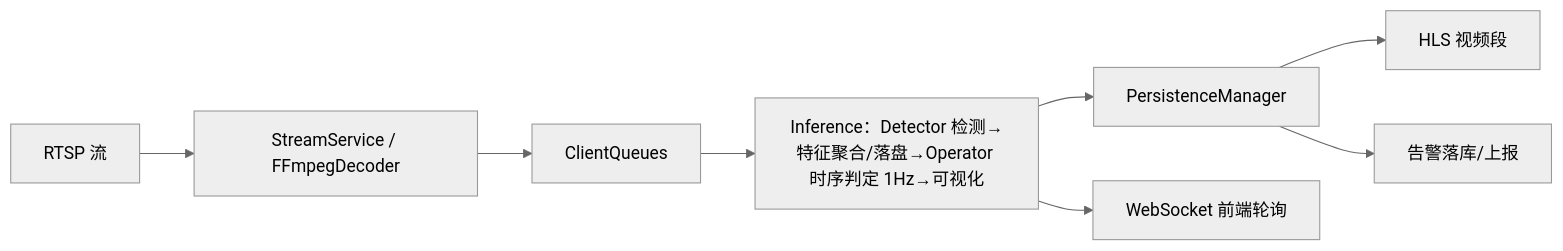
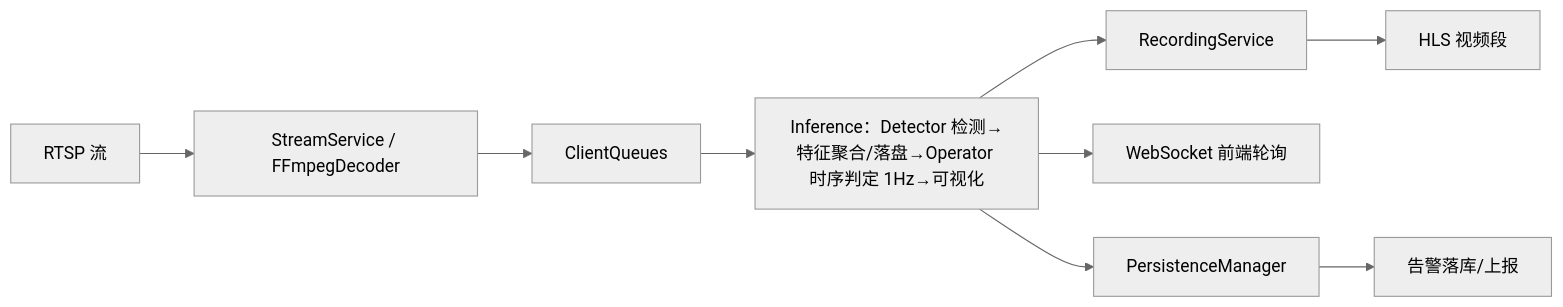
The diagram in README.md (Jiadezhende/CleanSightBackend), drawn with Mermaid (neutral theme) before and after one commit. The commit also changed other lines of this file and 89 other files, not shown here.

````diff
--- a/README.md
+++ b/README.md
@@ -97,10 +104,11 @@
 ```mermaid
 graph LR
     A[RTSP 流] --> B[StreamService / FFmpegDecoder]
     B --> C[ClientQueues]
     C --> D[Inference：Detector 检测→特征聚合/落盘→Operator 时序判定 1Hz→可视化]
-    D --> E[PersistenceManager]
+    D --> E[RecordingService]
     D --> F[WebSocket 前端轮询]
+    D --> H[PersistenceManager]
     E --> G[HLS 视频段]
-    E --> H[告警落库/上报]
+    H --> I[告警落库/上报]
 ```
````
